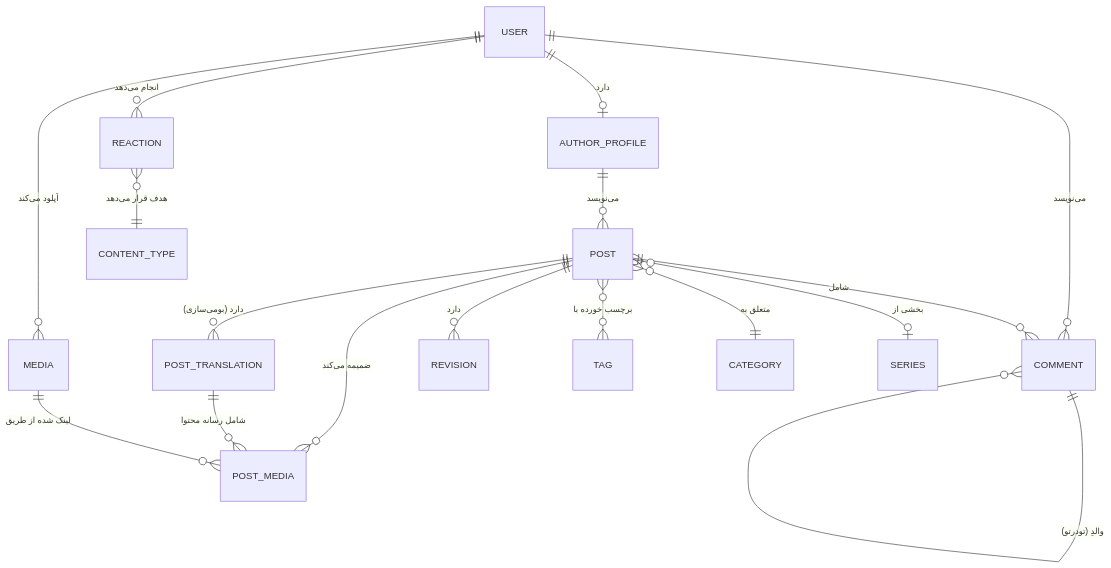
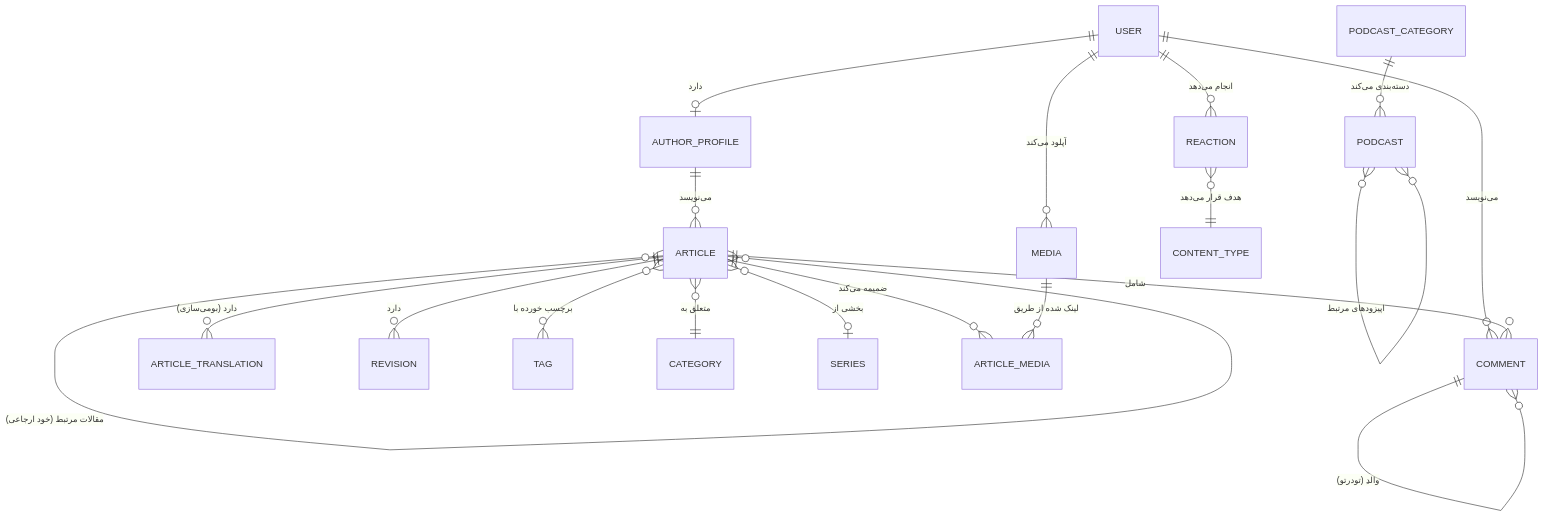
One commit to amirhossein-moloki/Blog changed the first of 4 diagrams in COMPREHENSIVE_ARCHITECTURE_FA.md. Above: the diagram before and after it, drawn with Mermaid. The commit also changed other lines of this file and 8 other files, not shown here.

First line of the commit message:
Update Comprehensive Architecture and System Documentation

````diff
--- a/COMPREHENSIVE_ARCHITECTURE_FA.md
+++ b/COMPREHENSIVE_ARCHITECTURE_FA.md
@@ -327,23 +381,26 @@
 ```mermaid
 erDiagram
     USER ||--o| AUTHOR_PROFILE : "دارد"
     USER ||--o{ MEDIA : "آپلود می‌کند"
     USER ||--o{ COMMENT : "می‌نویسد"
     USER ||--o{ REACTION : "انجام می‌دهد"
 
-    AUTHOR_PROFILE ||--o{ POST : "می‌نویسد"
+    AUTHOR_PROFILE ||--o{ ARTICLE : "می‌نویسد"
 
-    POST ||--o{ POST_TRANSLATION : "دارد (بومی‌سازی)"
-    POST ||--o{ COMMENT : "شامل"
-    POST ||--o{ REVISION : "دارد"
-    POST }o--o{ TAG : "برچسب خورده با"
-    POST }o--|| CATEGORY : "متعلق به"
-    POST }o--o| SERIES : "بخشی از"
+    ARTICLE ||--o{ ARTICLE_TRANSLATION : "دارد (بومی‌سازی)"
+    ARTICLE ||--o{ COMMENT : "شامل"
+    ARTICLE ||--o{ REVISION : "دارد"
+    ARTICLE }o--o{ TAG : "برچسب خورده با"
+    ARTICLE }o--|| CATEGORY : "متعلق به"
+    ARTICLE }o--o| SERIES : "بخشی از"
+    ARTICLE }o--o{ ARTICLE : "مقالات مرتبط (خود ارجاعی)"
 
-    POST ||--o{ POST_MEDIA : "ضمیمه می‌کند"
-    POST_TRANSLATION ||--o{ POST_MEDIA : "شامل رسانه محتوا"
-    MEDIA ||--o{ POST_MEDIA : "لینک شده از طریق"
+    ARTICLE ||--o{ ARTICLE_MEDIA : "ضمیمه می‌کند"
+    MEDIA ||--o{ ARTICLE_MEDIA : "لینک شده از طریق"
 
     COMMENT ||--o{ COMMENT : "والدِ (تودرتو)"
     REACTION }o--|| CONTENT_TYPE : "هدف قرار می‌دهد"
+
+    PODCAST_CATEGORY ||--o{ PODCAST : "دسته‌بندی می‌کند"
+    PODCAST }o--o{ PODCAST : "اپیزودهای مرتبط"
 ```
````
